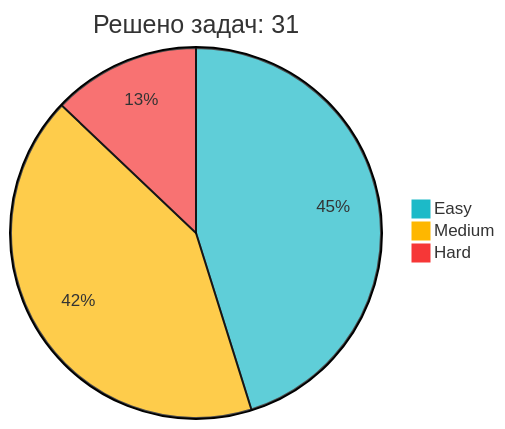
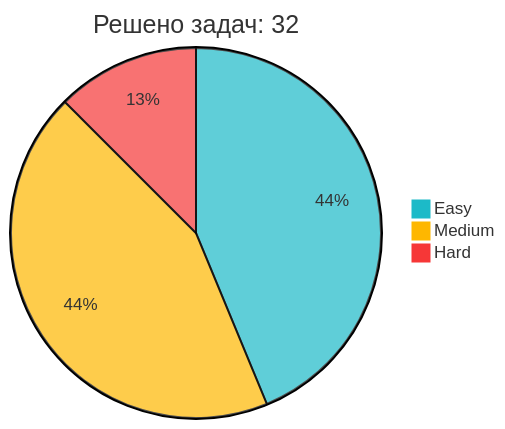
One commit to IliaKurdukov/IliaKurdukov changed the diagram in README.md. Above: the diagram before and after it, drawn with Mermaid. The commit also changed other lines of this file, not shown here.

Commit message:
📈 Обновление статистики LeetCode

````diff
--- a/README.md
+++ b/README.md
@@ -51,7 +51,7 @@
 ```mermaid
 %%{init: {'theme': 'base', 'themeVariables': { 'pie1': '#1CBAC8', 'pie2': '#FEB700', 'pie3': '#F63737' }, 'config': {'width': 300, 'height': 200}}}%%
-pie title Решено задач: 31
+pie title Решено задач: 32
    "Easy" : 14
-   "Medium" : 13
+   "Medium" : 14
    "Hard" : 4
 ```
````
